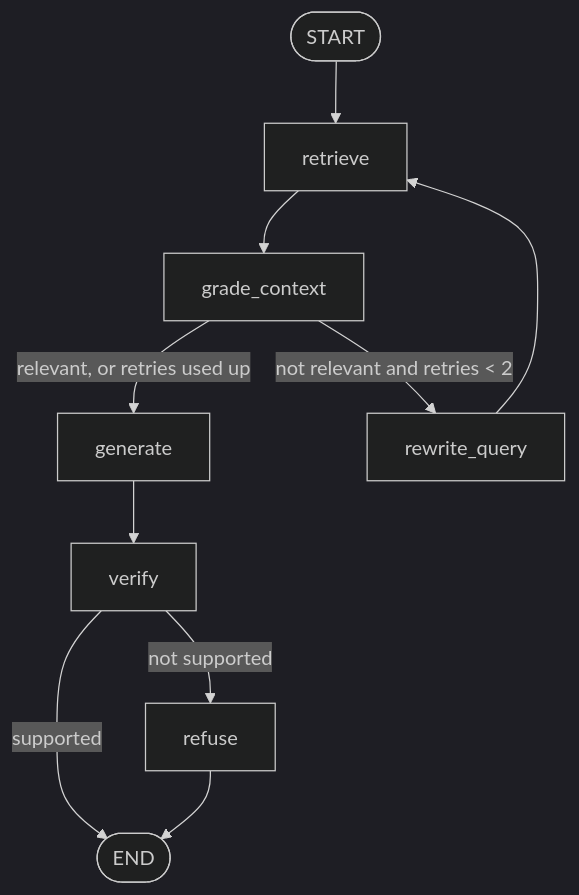
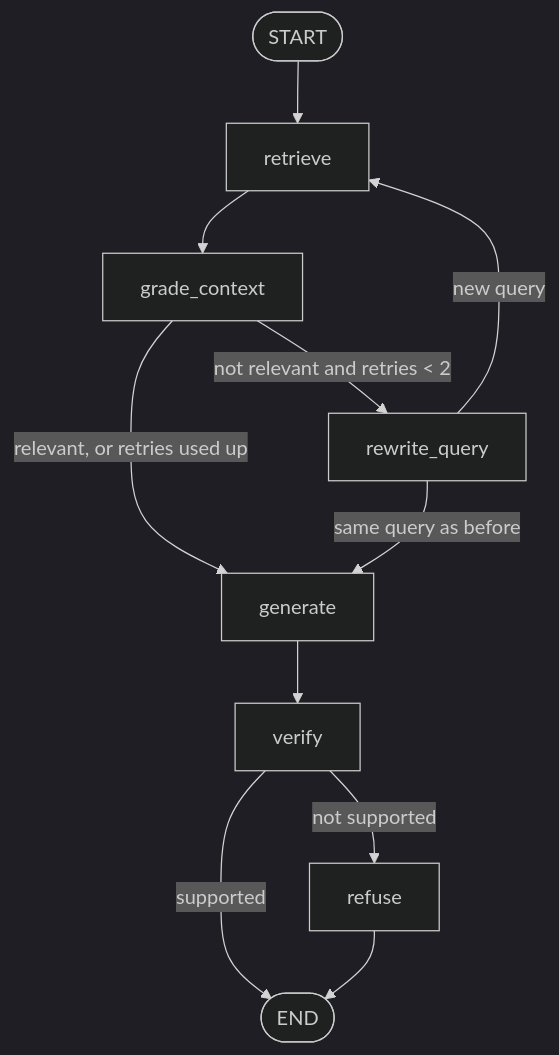
The diagram in LEARNING_NOTES.md (Aravind5100/single_pdf_rag), drawn with Mermaid (dark theme) before and after one commit. The commit also changed other lines of this file and 2 other files, not shown here.

First line of the commit message:
Graph: stop retrying when a rewrite repeats the previous query

````diff
--- a/LEARNING_NOTES.md
+++ b/LEARNING_NOTES.md
@@ -75,12 +79,13 @@
 ```mermaid
 flowchart TD
     S([START]) --> R[retrieve]
     R --> G[grade_context]
     G -->|relevant, or retries used up| GEN[generate]
     G -->|not relevant and retries < 2| RW[rewrite_query]
-    RW --> R
+    RW -->|new query| R
+    RW -->|same query as before| GEN
     GEN --> V[verify]
     V -->|supported| E([END])
     V -->|not supported| RF[refuse]
     RF --> E
 ```
````
